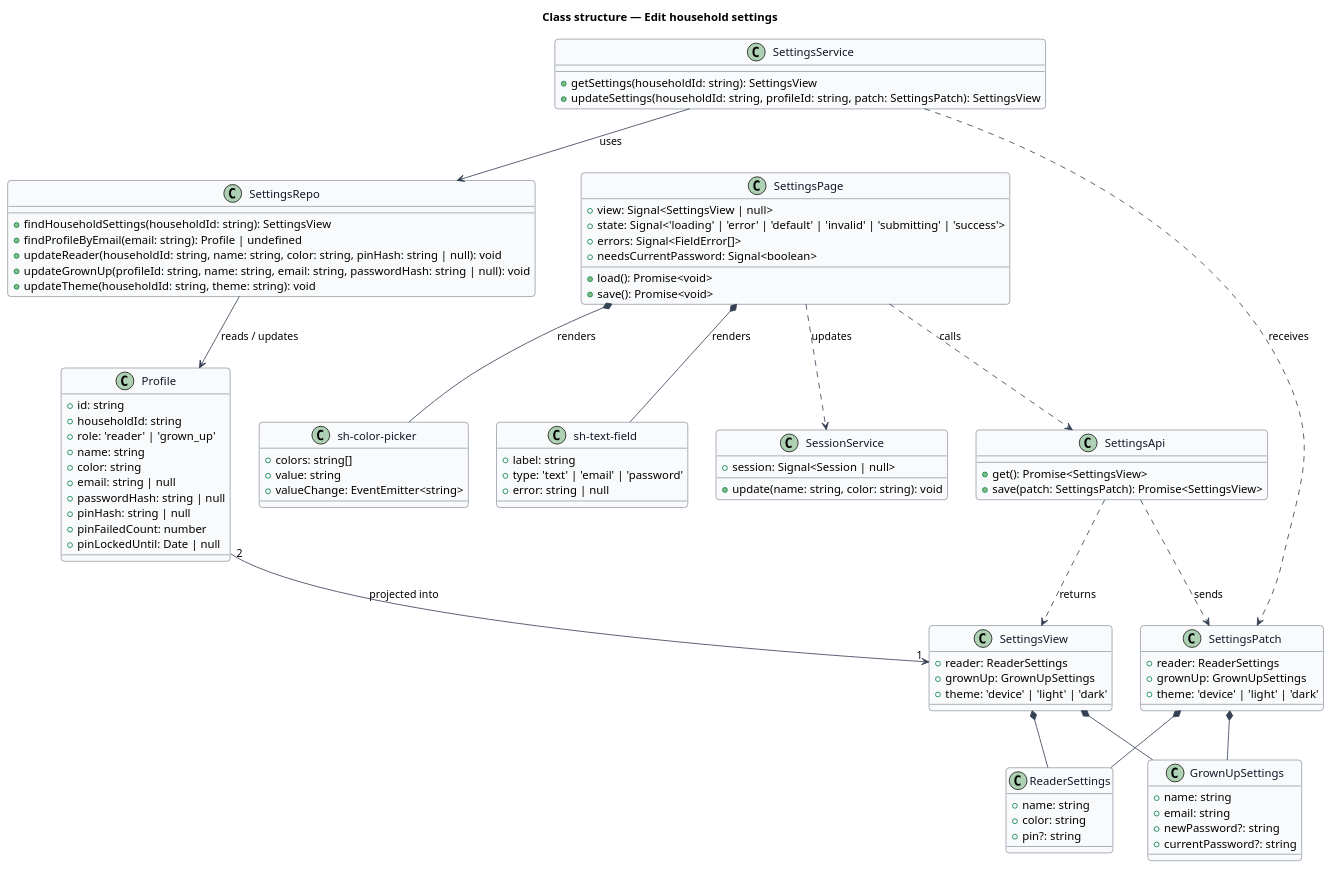
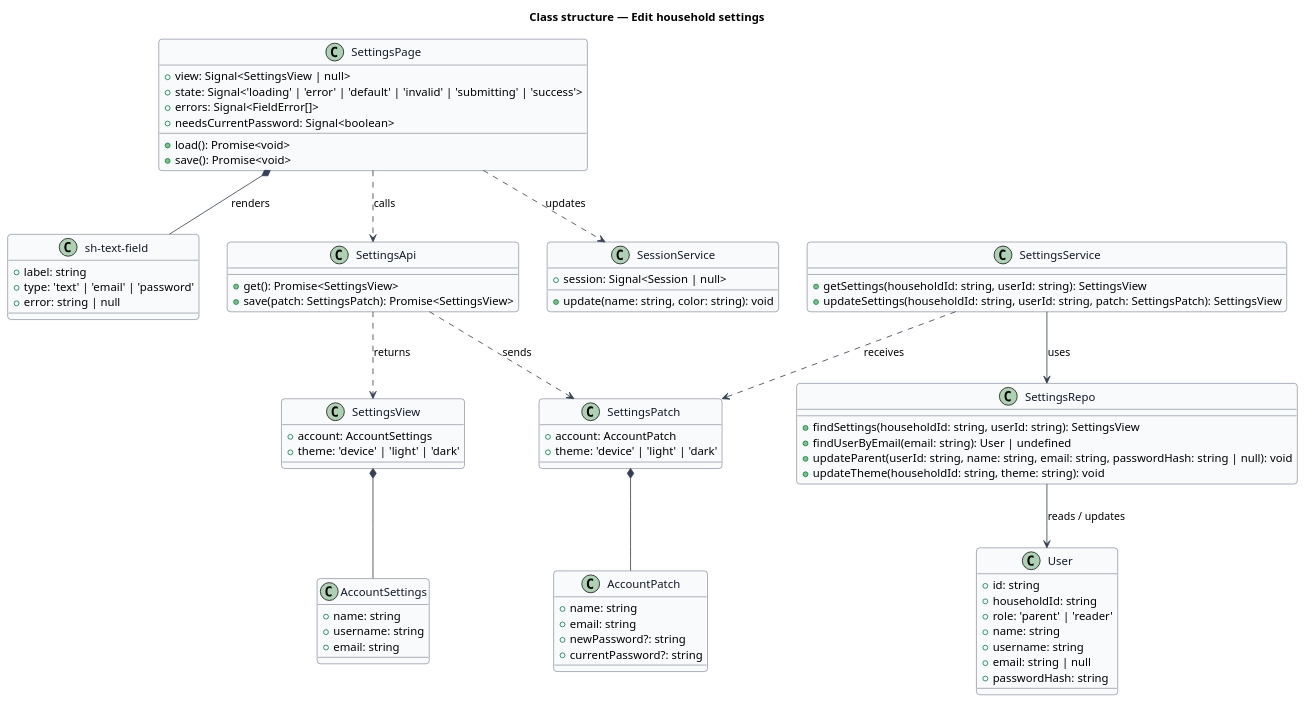
Before and after one commit to QuinntyneBrown/shelfie: the diagram in docs/detailed-designs/settings/edit-household-settings/diagrams/class-structure.puml, drawn with PlantUML. The commit also changed 313 other files, not shown here.

```diff
--- a/docs/detailed-designs/settings/edit-household-settings/diagrams/class-structure.puml
+++ b/docs/detailed-designs/settings/edit-household-settings/diagrams/class-structure.puml
@@ -1,110 +1,94 @@
 @startuml
 skinparam backgroundColor #FFFFFF
 skinparam shadowing false
 skinparam roundcorner 8
 skinparam defaultFontName Arial
 skinparam ArrowColor #344054
 skinparam class {
   BorderColor #344054
   FontColor #101828
   BackgroundColor #F9FAFB
 }
 title Class structure — Edit household settings
 
 class SettingsPage {
   +view: Signal<SettingsView | null>
   +state: Signal<'loading' | 'error' | 'default' | 'invalid' | 'submitting' | 'success'>
   +errors: Signal<FieldError[]>
   +needsCurrentPassword: Signal<boolean>
   +load(): Promise<void>
   +save(): Promise<void>
 }
 
-class "sh-color-picker" as ColorPicker {
-  +colors: string[]
-  +value: string
-  +valueChange: EventEmitter<string>
-}
-
 class "sh-text-field" as TextField {
   +label: string
   +type: 'text' | 'email' | 'password'
   +error: string | null
 }
 
 class SettingsApi {
   +get(): Promise<SettingsView>
   +save(patch: SettingsPatch): Promise<SettingsView>
 }
 
 class SessionService {
   +session: Signal<Session | null>
   +update(name: string, color: string): void
 }
 
 class SettingsView {
-  +reader: ReaderSettings
-  +grownUp: GrownUpSettings
+  +account: AccountSettings
   +theme: 'device' | 'light' | 'dark'
 }
 
 class SettingsPatch {
-  +reader: ReaderSettings
-  +grownUp: GrownUpSettings
+  +account: AccountPatch
   +theme: 'device' | 'light' | 'dark'
 }
 
-class ReaderSettings {
+class AccountSettings {
   +name: string
-  +color: string
-  +pin?: string
+  +username: string
+  +email: string
 }
 
-class GrownUpSettings {
+class AccountPatch {
   +name: string
   +email: string
   +newPassword?: string
   +currentPassword?: string
 }
 
-class Profile {
+class User {
   +id: string
   +householdId: string
-  +role: 'reader' | 'grown_up'
+  +role: 'parent' | 'reader'
   +name: string
-  +color: string
+  +username: string
   +email: string | null
-  +passwordHash: string | null
-  +pinHash: string | null
-  +pinFailedCount: number
-  +pinLockedUntil: Date | null
+  +passwordHash: string
 }
 
 class SettingsService {
-  +getSettings(householdId: string): SettingsView
-  +updateSettings(householdId: string, profileId: string, patch: SettingsPatch): SettingsView
+  +getSettings(householdId: string, userId: string): SettingsView
+  +updateSettings(householdId: string, userId: string, patch: SettingsPatch): SettingsView
 }
 
 class SettingsRepo {
-  +findHouseholdSettings(householdId: string): SettingsView
-  +findProfileByEmail(email: string): Profile | undefined
-  +updateReader(householdId: string, name: string, color: string, pinHash: string | null): void
-  +updateGrownUp(profileId: string, name: string, email: string, passwordHash: string | null): void
+  +findSettings(householdId: string, userId: string): SettingsView
+  +findUserByEmail(email: string): User | undefined
+  +updateParent(userId: string, name: string, email: string, passwordHash: string | null): void
   +updateTheme(householdId: string, theme: string): void
 }
 
-SettingsPage *-- ColorPicker : renders
 SettingsPage *-- TextField : renders
 SettingsPage ..> SettingsApi : calls
 SettingsPage ..> SessionService : updates
 SettingsApi ..> SettingsPatch : sends
 SettingsApi ..> SettingsView : returns
-SettingsView *-- ReaderSettings
-SettingsView *-- GrownUpSettings
-SettingsPatch *-- ReaderSettings
-SettingsPatch *-- GrownUpSettings
+SettingsView *-- AccountSettings
+SettingsPatch *-- AccountPatch
 SettingsService ..> SettingsPatch : receives
 SettingsService --> SettingsRepo : uses
-SettingsRepo --> Profile : reads / updates
-Profile "2" --> "1" SettingsView : projected into
+SettingsRepo --> User : reads / updates
 @enduml
```
